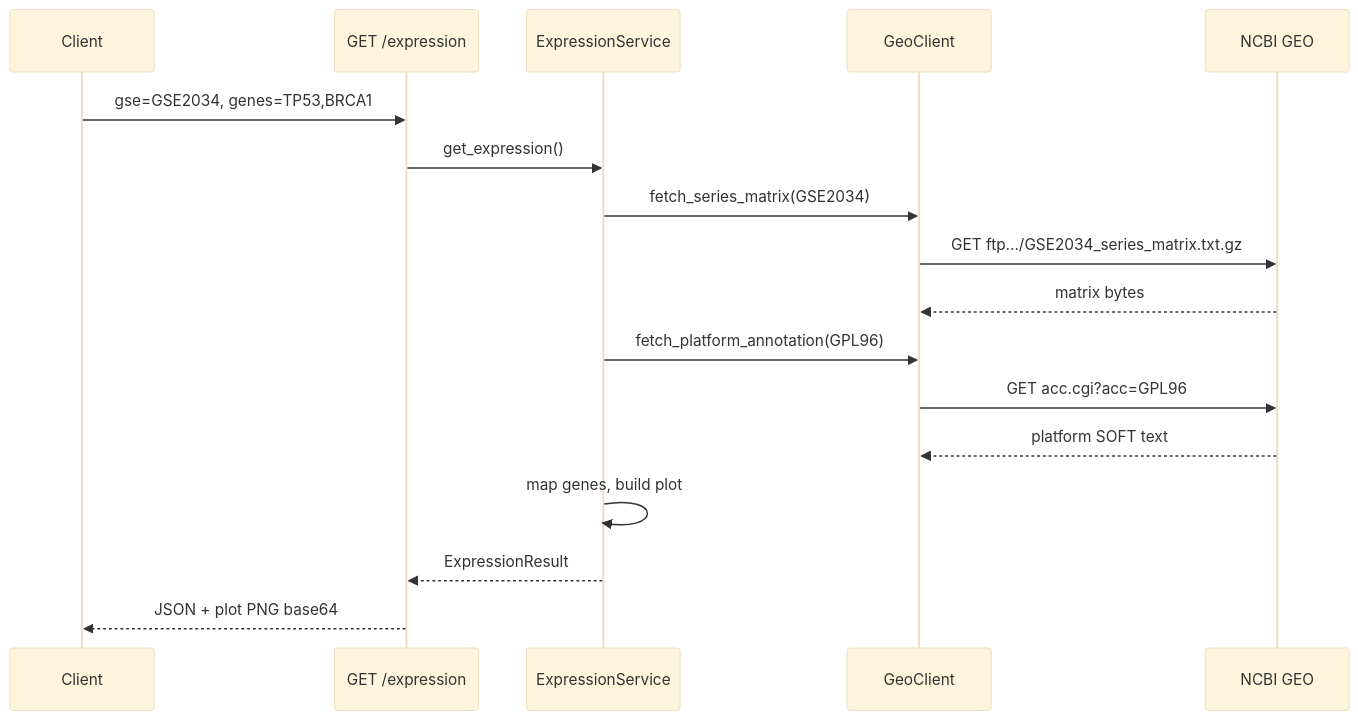
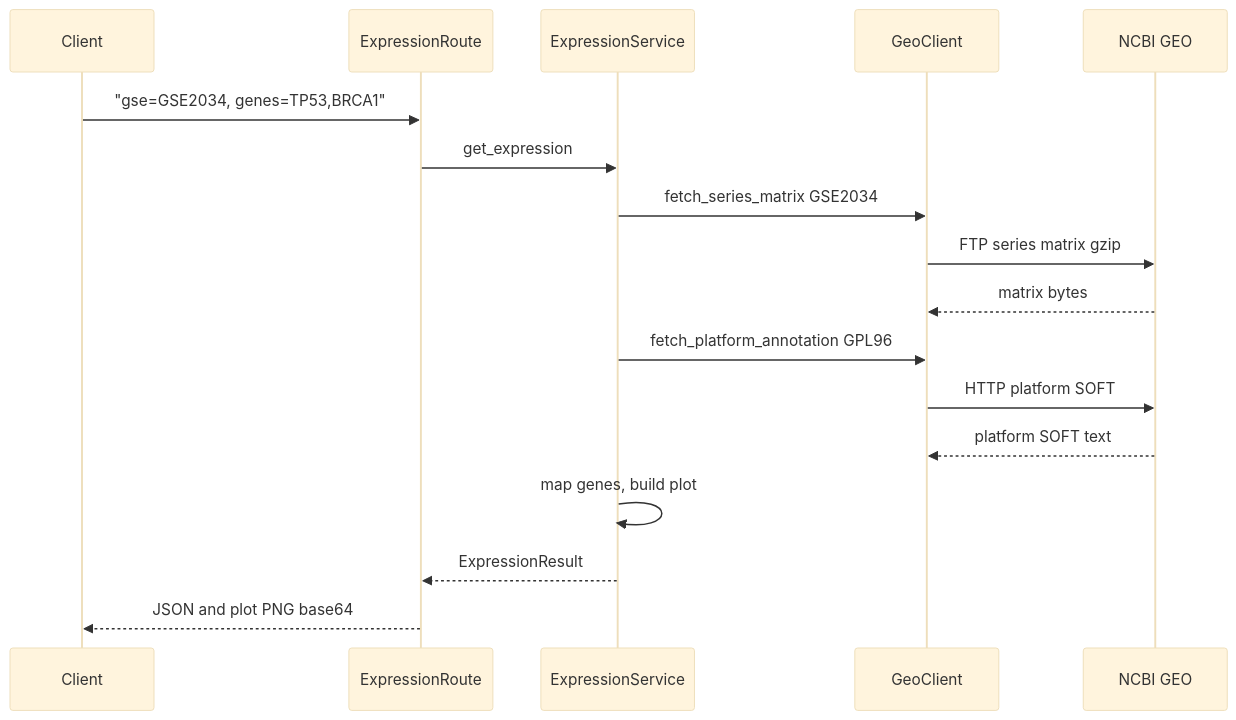
Before and after one commit to fshumilov/ncbi-viewer: the diagram in docs/run_book.md, drawn with Mermaid (base theme). The commit also changed other lines of this file and 1 other file, not shown here.

````diff
--- a/docs/run_book.md
+++ b/docs/run_book.md
@@ -378,20 +238,20 @@
 ```mermaid
 sequenceDiagram
     participant Client
-    participant API as GET /expression
+    participant API as ExpressionRoute
     participant Svc as ExpressionService
     participant Geo as GeoClient
     participant NCBI as NCBI GEO
 
-    Client->>API: gse=GSE2034, genes=TP53,BRCA1
-    API->>Svc: get_expression()
-    Svc->>Geo: fetch_series_matrix(GSE2034)
-    Geo->>NCBI: GET ftp.../GSE2034_series_matrix.txt.gz
+    Client->>API: "gse=GSE2034, genes=TP53,BRCA1"
+    API->>Svc: get_expression
+    Svc->>Geo: fetch_series_matrix GSE2034
+    Geo->>NCBI: FTP series matrix gzip
     NCBI-->>Geo: matrix bytes
-    Svc->>Geo: fetch_platform_annotation(GPL96)
-    Geo->>NCBI: GET acc.cgi?acc=GPL96
+    Svc->>Geo: fetch_platform_annotation GPL96
+    Geo->>NCBI: HTTP platform SOFT
     NCBI-->>Geo: platform SOFT text
     Svc->>Svc: map genes, build plot
     Svc-->>API: ExpressionResult
-    API-->>Client: JSON + plot PNG base64
+    API-->>Client: JSON and plot PNG base64
 ```
````
